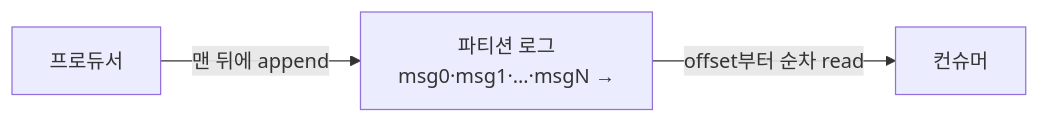
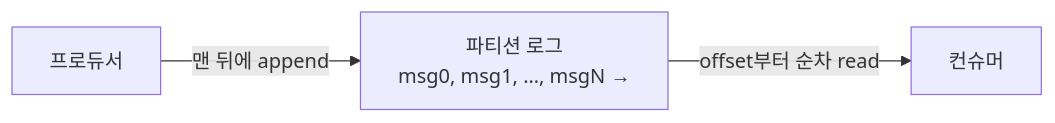
The first of 3 diagrams in blog/2026-08-18-kafka-why-fast.mdx (johnycho/johny-dev), drawn with Mermaid before and after one commit. The commit also changed other lines of this file and 188 other files, not shown here.

````diff
--- a/blog/2026-08-18-kafka-why-fast.mdx
+++ b/blog/2026-08-18-kafka-why-fast.mdx
@@ -19,5 +19,5 @@
 ```mermaid
 flowchart LR
-    P["프로듀서"] -->|맨 뒤에 append| L["파티션 로그<br/>msg0·msg1·…·msgN →"]
+    P["프로듀서"] -->|맨 뒤에 append| L["파티션 로그<br/>msg0, msg1, …, msgN →"]
     L -->|offset부터 순차 read| C["컨슈머"]
 ```
````
